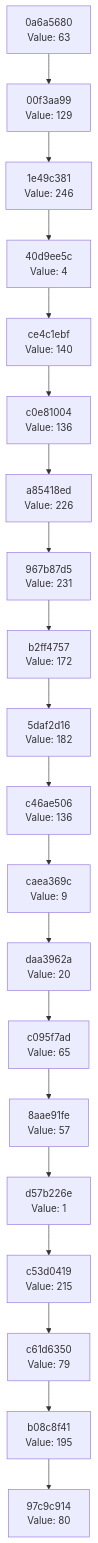
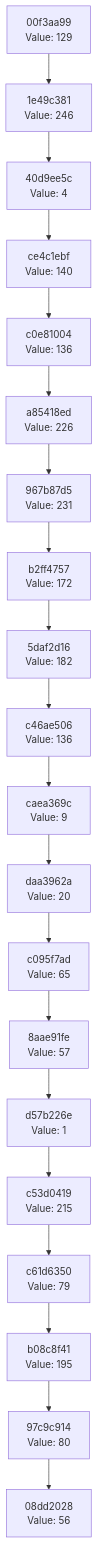
One commit to Abhisheksinha1506/hash-chain-evolver changed the diagram in docs/CHAIN_VISUALIZATION.md. Above: the diagram before and after it, drawn with Mermaid. The commit also changed 2 other files, not shown here.

Commit message:
Evolution Step

````diff
--- a/docs/CHAIN_VISUALIZATION.md
+++ b/docs/CHAIN_VISUALIZATION.md
@@ -3,42 +3,42 @@
 ```mermaid
 graph TD
-    C0["97c9c914<br/>Value: 80"]
-    C1["b08c8f41<br/>Value: 195"]
+    C0["08dd2028<br/>Value: 56"]
+    C1["97c9c914<br/>Value: 80"]
     C1 --> C0
-    C2["c61d6350<br/>Value: 79"]
+    C2["b08c8f41<br/>Value: 195"]
     C2 --> C1
-    C3["c53d0419<br/>Value: 215"]
+    C3["c61d6350<br/>Value: 79"]
     C3 --> C2
-    C4["d57b226e<br/>Value: 1"]
+    C4["c53d0419<br/>Value: 215"]
     C4 --> C3
-    C5["8aae91fe<br/>Value: 57"]
+    C5["d57b226e<br/>Value: 1"]
     C5 --> C4
-    C6["c095f7ad<br/>Value: 65"]
+    C6["8aae91fe<br/>Value: 57"]
     C6 --> C5
-    C7["daa3962a<br/>Value: 20"]
+    C7["c095f7ad<br/>Value: 65"]
     C7 --> C6
-    C8["caea369c<br/>Value: 9"]
+    C8["daa3962a<br/>Value: 20"]
     C8 --> C7
-    C9["c46ae506<br/>Value: 136"]
+    C9["caea369c<br/>Value: 9"]
     C9 --> C8
-    C10["5daf2d16<br/>Value: 182"]
+    C10["c46ae506<br/>Value: 136"]
     C10 --> C9
-    C11["b2ff4757<br/>Value: 172"]
+    C11["5daf2d16<br/>Value: 182"]
     C11 --> C10
-    C12["967b87d5<br/>Value: 231"]
+    C12["b2ff4757<br/>Value: 172"]
     C12 --> C11
-    C13["a85418ed<br/>Value: 226"]
+    C13["967b87d5<br/>Value: 231"]
     C13 --> C12
-    C14["c0e81004<br/>Value: 136"]
+    C14["a85418ed<br/>Value: 226"]
     C14 --> C13
-    C15["ce4c1ebf<br/>Value: 140"]
+    C15["c0e81004<br/>Value: 136"]
     C15 --> C14
-    C16["40d9ee5c<br/>Value: 4"]
+    C16["ce4c1ebf<br/>Value: 140"]
     C16 --> C15
-    C17["1e49c381<br/>Value: 246"]
+    C17["40d9ee5c<br/>Value: 4"]
     C17 --> C16
-    C18["00f3aa99<br/>Value: 129"]
+    C18["1e49c381<br/>Value: 246"]
     C18 --> C17
-    C19["0a6a5680<br/>Value: 63"]
+    C19["00f3aa99<br/>Value: 129"]
     C19 --> C18
 ```
````
